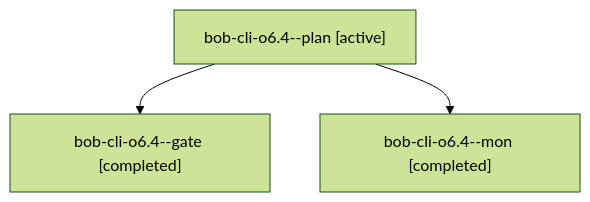
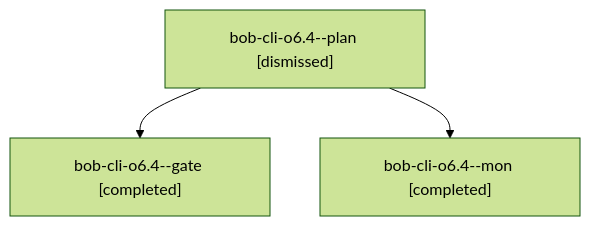
Before and after one commit to bobs-org/bob-cli--agents: the diagram in sessions/bbugyi200.athena.bob-cli-o6.4.md, drawn with Mermaid (forest theme). The commit also changed other lines of this file and 131 other files, not shown here.

````diff
--- a/sessions/bbugyi200.athena.bob-cli-o6.4.md
+++ b/sessions/bbugyi200.athena.bob-cli-o6.4.md
@@ -9,8 +9,8 @@
 ```mermaid
 flowchart TD
-  n0["bob-cli-o6.4--plan [active]"]
+  n0["bob-cli-o6.4--plan [dismissed]"]
   n1["bob-cli-o6.4--gate [completed]"]
   n0 --> n1
   n2["bob-cli-o6.4--mon [completed]"]
   n0 --> n2
 ```
````
